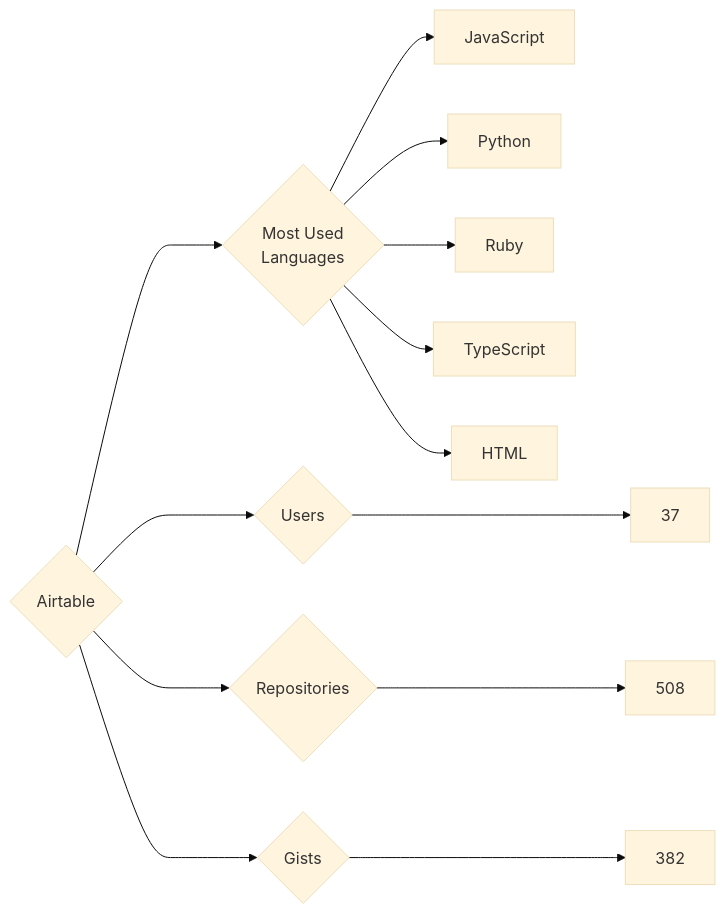
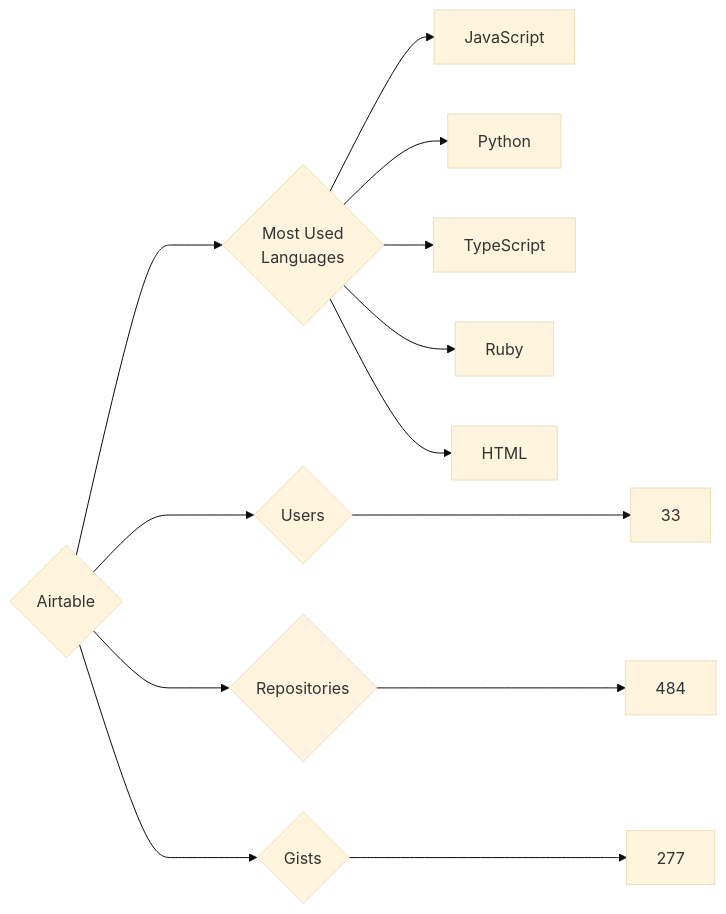
The diagram in targets/Airtable/README.md (trickest/insiders), drawn with Mermaid (base theme) before and after one commit. The commit also changed 693 other files, not shown here.

````diff
--- a/targets/Airtable/README.md
+++ b/targets/Airtable/README.md
@@ -3,13 +3,13 @@
 ```mermaid
 graph LR
 COMPANY_NAME{Airtable}
-COMPANY_NAME ---> U{Users} ---> UN[37]
-COMPANY_NAME ---> R{Repositories} ---> RN[508]
-COMPANY_NAME ---> G{Gists} ---> GN[382]
+COMPANY_NAME ---> U{Users} ---> UN[33]
+COMPANY_NAME ---> R{Repositories} ---> RN[484]
+COMPANY_NAME ---> G{Gists} ---> GN[277]
 COMPANY_NAME ---> ML{Most Used<br>Languages}
 ML --> JavaScript[JavaScript]
 ML --> Python[Python]
+ML --> TypeScript[TypeScript]
 ML --> Ruby[Ruby]
-ML --> TypeScript[TypeScript]
 ML --> HTML[HTML]
 ```
````
